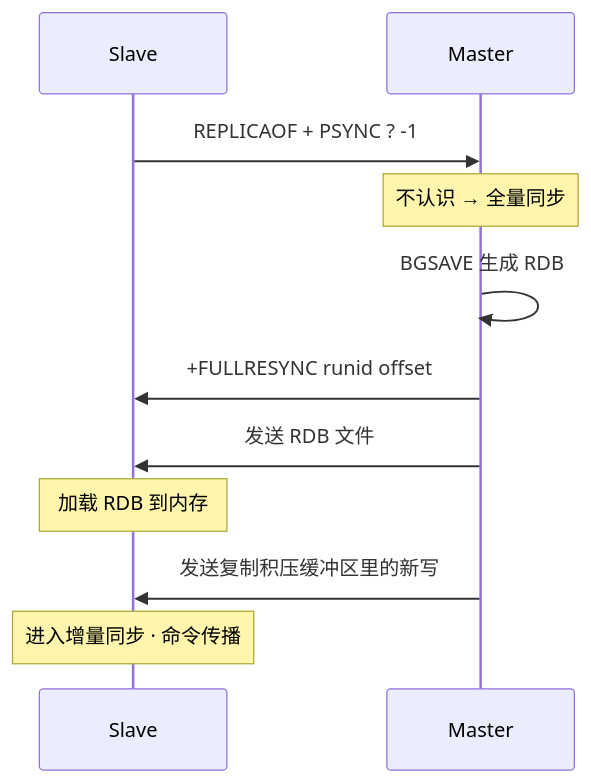
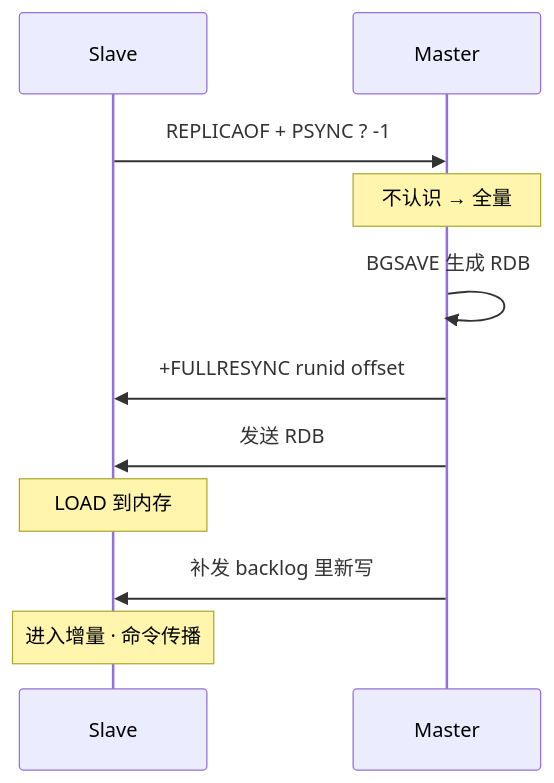
One commit to ml-cuizijun/LearnToLilith changed the second of 8 diagrams in 02-中间件与数据库/02-Redis/03-高可用与集群/知识点.md. Above: the diagram before and after it, drawn with Mermaid. The commit also changed other lines of this file and 178 other files, not shown here.

````diff
--- a/02-中间件与数据库/02-Redis/03-高可用与集群/知识点.md
+++ b/02-中间件与数据库/02-Redis/03-高可用与集群/知识点.md
@@ -50,13 +50,13 @@
 ```mermaid
 sequenceDiagram
     participant S as Slave
     participant M as Master
     S->>M: REPLICAOF + PSYNC ? -1
-    Note over M: 不认识 → 全量同步
+    Note over M: 不认识 → 全量
     M->>M: BGSAVE 生成 RDB
     M->>S: +FULLRESYNC runid offset
-    M->>S: 发送 RDB 文件
-    Note over S: 加载 RDB 到内存
-    M->>S: 发送复制积压缓冲区里的新写
-    Note over S: 进入增量同步 · 命令传播
+    M->>S: 发送 RDB
+    Note over S: LOAD 到内存
+    M->>S: 补发 backlog 里新写
+    Note over S: 进入增量 · 命令传播
 ```
````
